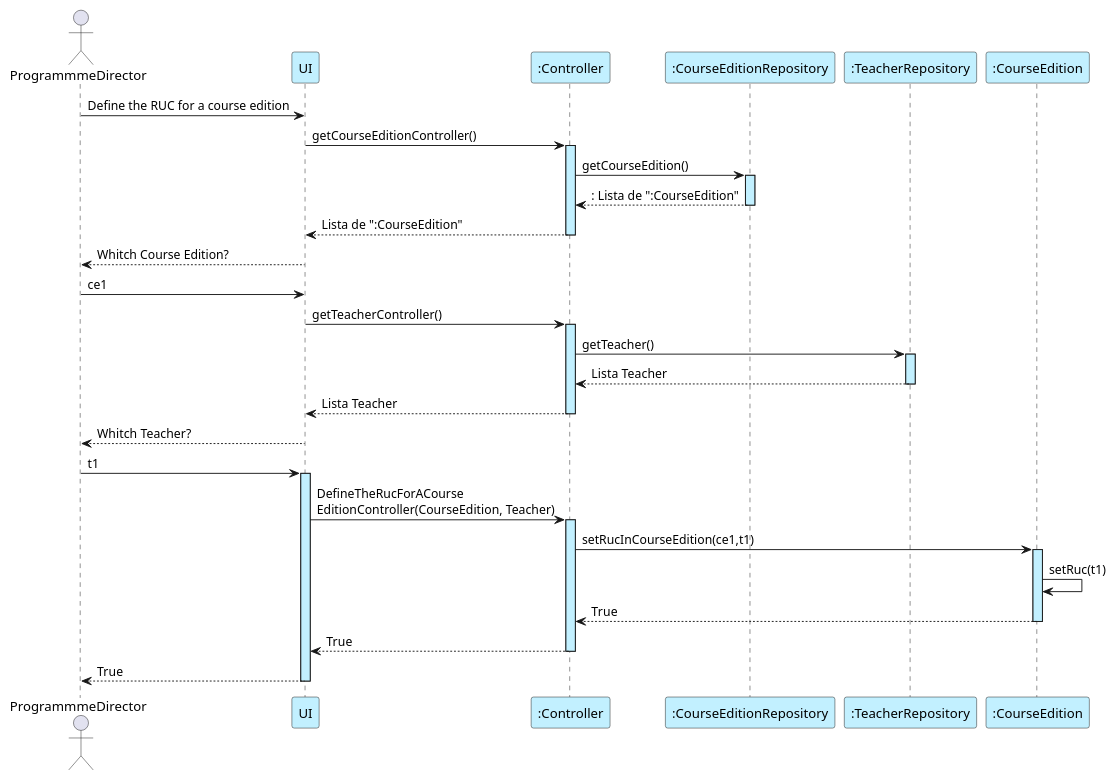
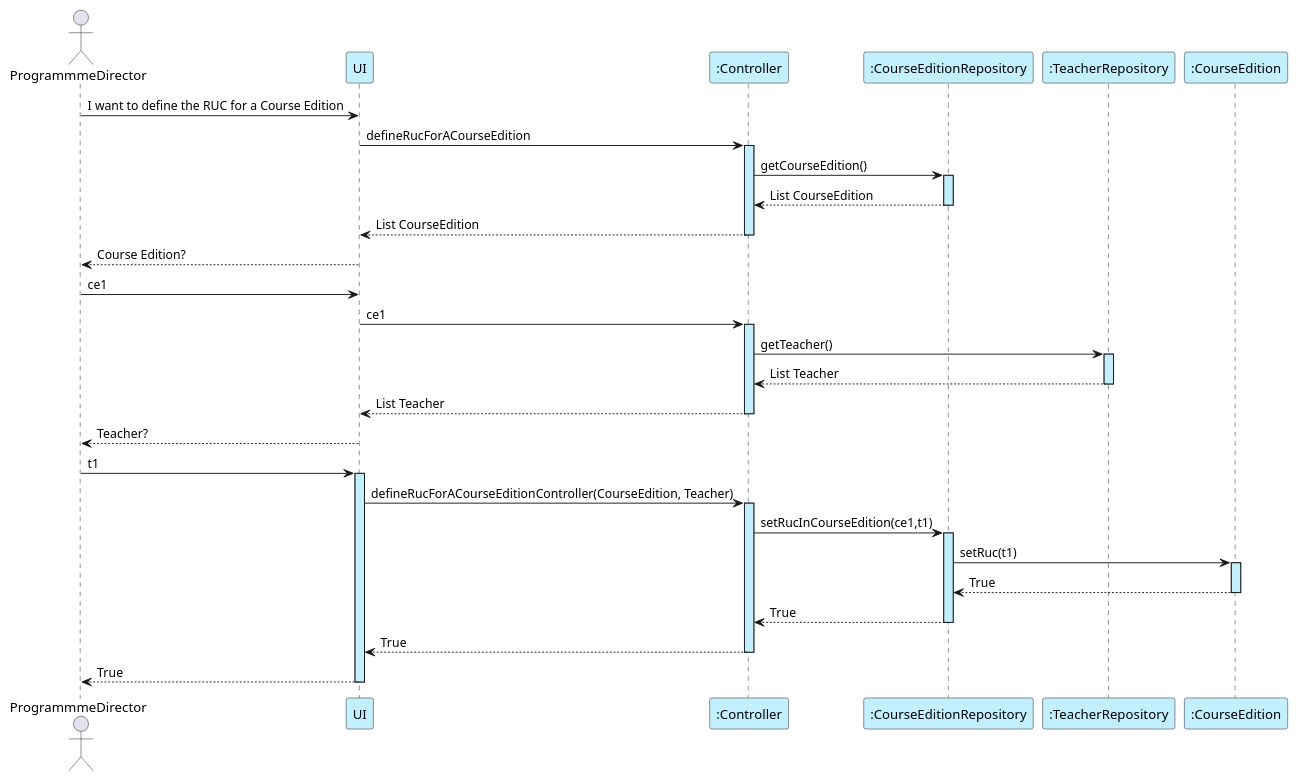
One commit to GasparISEP/DevOps-PAI changed the diagram in docs/sequenceSystemDiagrams/US20/US20_DefineRUCForACourseEdition.puml. Above: the diagram before and after it, drawn with PlantUML.

Commit message:
US20 : defineRucForACourseEdition - SSD

```diff
--- a/docs/sequenceSystemDiagrams/US20/US20_DefineRUCForACourseEdition.puml
+++ b/docs/sequenceSystemDiagrams/US20/US20_DefineRUCForACourseEdition.puml
@@ -1,45 +1,49 @@
 @startuml
 actor ProgrammmeDirector as PD
 participant UI #application
-participant ":Controller" as S #application
+participant ":Controller" as C #application
 participant ":CourseEditionRepository" as CER #application
 participant ":TeacherRepository" as TR #application
 participant  ":CourseEdition" as CE #application
 
 
-PD -> UI :Define the RUC for a course edition
-UI -> S  :getCourseEditionController()
-activate S #application
-S -> CER :getCourseEdition()
+PD -> UI : I want to define the RUC for a Course Edition
+UI -> C  : defineRucForACourseEdition
+activate C #application
+C -> CER :getCourseEdition()
 activate CER #application
-S <-- CER :: Lista de ":CourseEdition"
+C <-- CER : List CourseEdition
 deactivate CER
-UI <-- S : Lista de ":CourseEdition"
-deactivate S
-PD <-- UI :Whitch Course Edition?
+UI <-- C : List CourseEdition
+deactivate C
+PD <-- UI : Course Edition?
 PD -> UI: ce1
-UI-> S :getTeacherController()
-activate S #application
-S -> TR :getTeacher()
+UI-> C : ce1
+activate C #application
+C -> TR :getTeacher()
 activate TR #application
-TR --> S :Lista Teacher
+TR --> C :List Teacher
 deactivate TR
-S --> UI :Lista Teacher
-deactivate S
-PD <-- UI : Whitch Teacher?
+C --> UI :List Teacher
+deactivate C
+PD <-- UI : Teacher?
 PD -> UI: t1
 activate UI #application
-UI -> S : DefineTheRucForACourse\nEditionController(CourseEdition, Teacher)
-activate S #application
-S -> CE : setRucInCourseEdition(ce1,t1)
+UI -> C : defineRucForACourseEditionController(CourseEdition, Teacher)
+activate C #application
+C -> CER : setRucInCourseEdition(ce1,t1)
+activate CER #application
+CER -> CE : setRuc(t1)
 activate CE #application
-CE -> CE :setRuc(t1)
-CE --> S :True
+CE --> CER :True
 deactivate CE
-S --> UI :True
-deactivate S
+CER --> C :True
+deactivate CER
+deactivate CE
+C --> UI :True
+deactivate C
 UI --> PD : True
-deactivate UI
+deactivate UI
 
 
 @enduml
```
